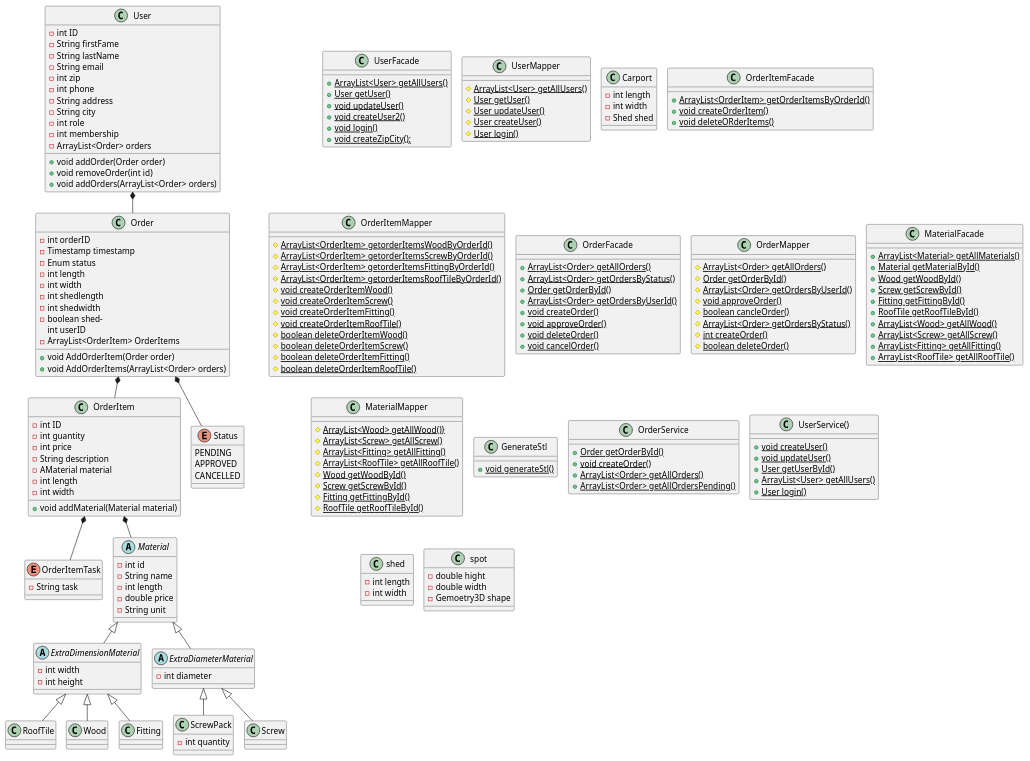
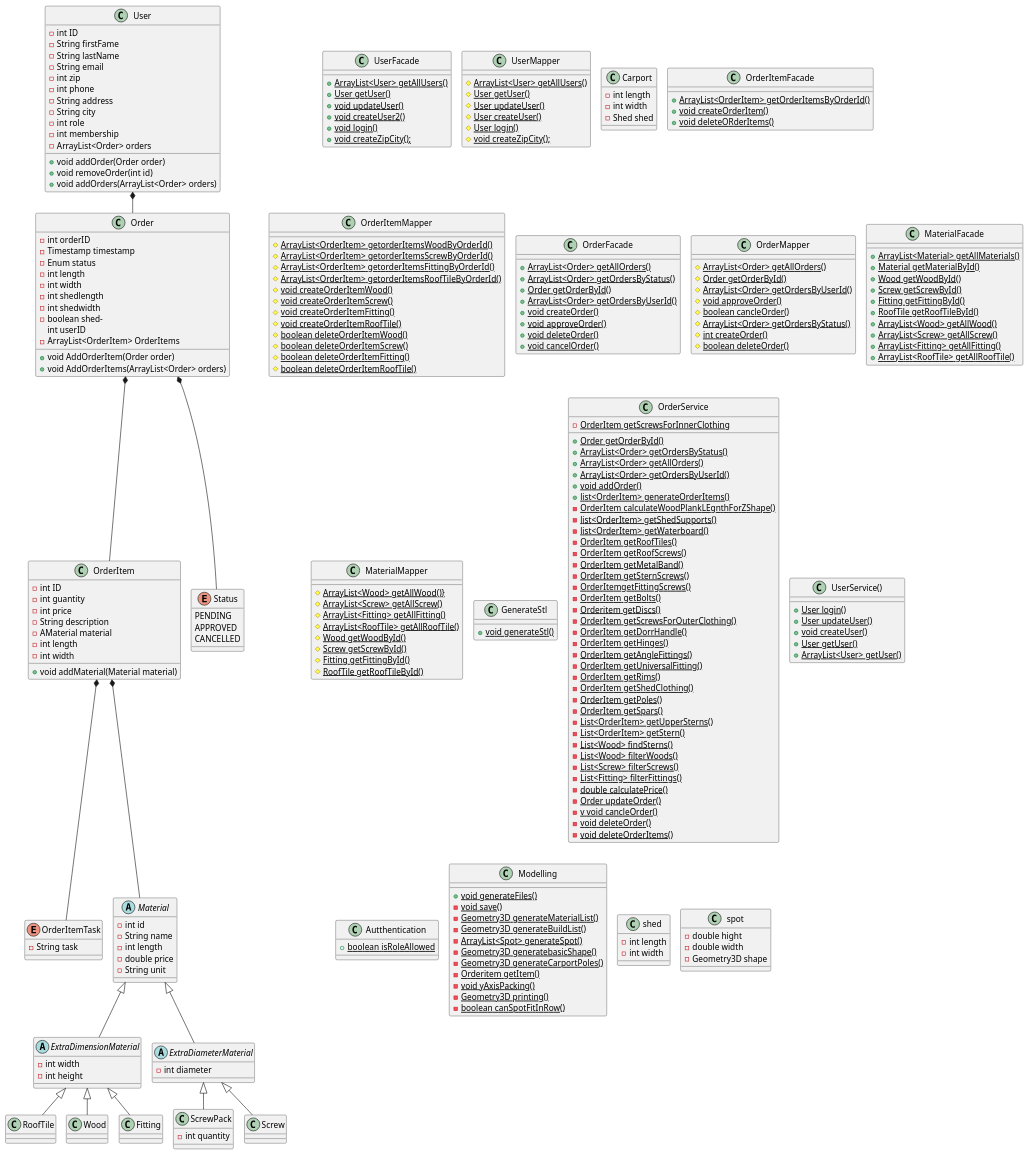
One commit to HeinLarsen/fog-carport changed the diagram in documentation/ClassDiagramV4.puml. Above: the diagram before and after it, drawn with PlantUML.

Commit message:
Update ClassDiagramV4.puml
Færdiggjort klassediagram

```diff
--- a/documentation/ClassDiagramV4.puml
+++ b/documentation/ClassDiagramV4.puml
@@ -35,7 +35,7 @@
 # {static} User updateUser()
 # {static} User createUser()
 # {static} User login()
-
+# {static} void createZipCity();
 }
 
 class Carport{
@@ -147,17 +147,69 @@
 
 class OrderService {
 + {static} Order getOrderById()
-+ {static} void createOrder()
++ {static} ArrayList<Order> getOrdersByStatus()
 + {static} ArrayList<Order> getAllOrders()
-+ {static} ArrayList<Order> getAllOrdersPending()
++ {static} ArrayList<Order> getOrdersByUserId()
++ {static} void addOrder()
++ {static} list<OrderItem> generateOrderItems()
+- {static} OrderItem calculateWoodPlankLEgnthForZShape()
+- {static} list<OrderItem> getShedSupports()
+- {static} list<OrderItem> getWaterboard()
+- {static} OrderItem getRoofTiles()
+- {static} OrderItem getRoofScrews()
+- {static} OrderItem getMetalBand()
+- {static} OrderItem getSternScrews()
+- {static} OrderItemgetFittingScrews()
+- {static} OrderItem getBolts()
+- {static} Orderitem getDiscs()
+- {static} OrderItem getScrewsForOuterClothing()
+- {static} OrderItem getScrewsForInnerClothing
+- {static} OrderItem getDorrHandle()
+- {static} OrderItem getHinges()
+- {static} OrderItem getAngleFittings()
+- {static} OrderItem getUniversalFitting()
+- {static} OrderItem getRims()
+- {static} OrderItem getShedClothing()
+- {static} OrderItem getPoles()
+- {static} OrderItem getSpars()
+- {static} List<OrderItem> getUpperSterns()
+- {static} List<OrderItem> getStern()
+- {static} List<Wood> findSterns()
+- {static} List<Wood> filterWoods()
+- {static} List<Screw> filterScrews()
+- {static} List<Fitting> filterFittings()
+- {static} double calculatePrice()
+- {static} Order updateOrder()
+- {static}v void cancleOrder()
+- {static} void deleteOrder()
+- {static} void deleteOrderItems()
 }
 
 class UserService() {
++ {static} User login()
++ {static} User updateUser()
 + {static} void createUser()
-+ {static} void updateUser()
-+ {static} User getUserById()
-+ {static} ArrayList<User> getAllUsers()
-+ {static} User login()
++ {static} User getUser()
++ {static} ArrayList<User> getUser()
+
+}
+
+class Autthentication{
++ {static} boolean isRoleAllowed
+}
+
+class Modelling{
++ {static} void generateFiles()
+- {static} void save()
+- {static} Geometry3D generateMaterialList()
+- {static} Geometry3D generateBuildList()
+- {static} ArrayList<Spot> generateSpot()
+- {static} Geometry3D generatebasicShape()
+- {static} Geometry3D generateCarportPoles()
+- {static} Orderitem getItem()
+- {static} void yAxisPacking()
+- {static} Geometry3D printing()
+- {static} boolean canSpotFitInRow()
 }
 
 abstract class Material {
@@ -182,7 +234,7 @@
 class spot{
 - double hight
 - double width
-- Gemoetry3D shape
+- Geometry3D shape
 }
 
 class RoofTile {
@@ -211,6 +263,8 @@
     CANCELLED
 }
 
+
+
 Material <|-- ExtraDimensionMaterial
 ExtraDimensionMaterial <|-- RoofTile
 ExtraDimensionMaterial <|-- Wood
```
